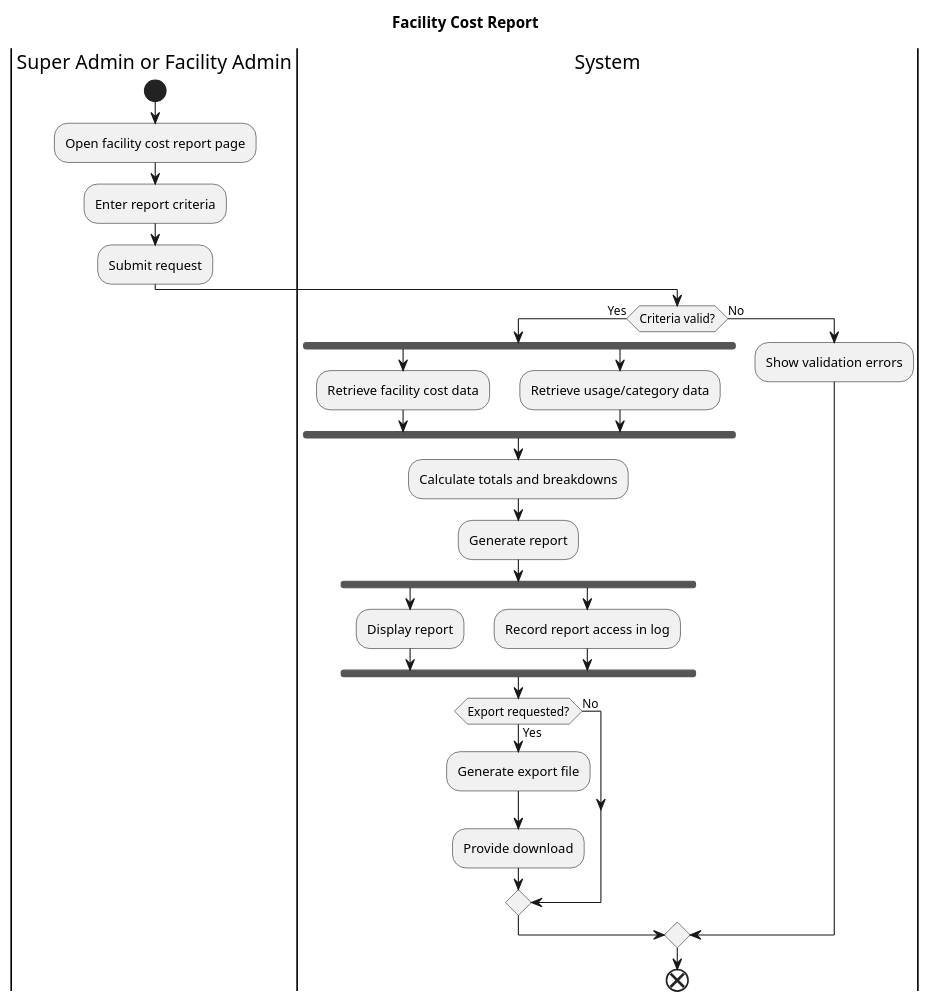
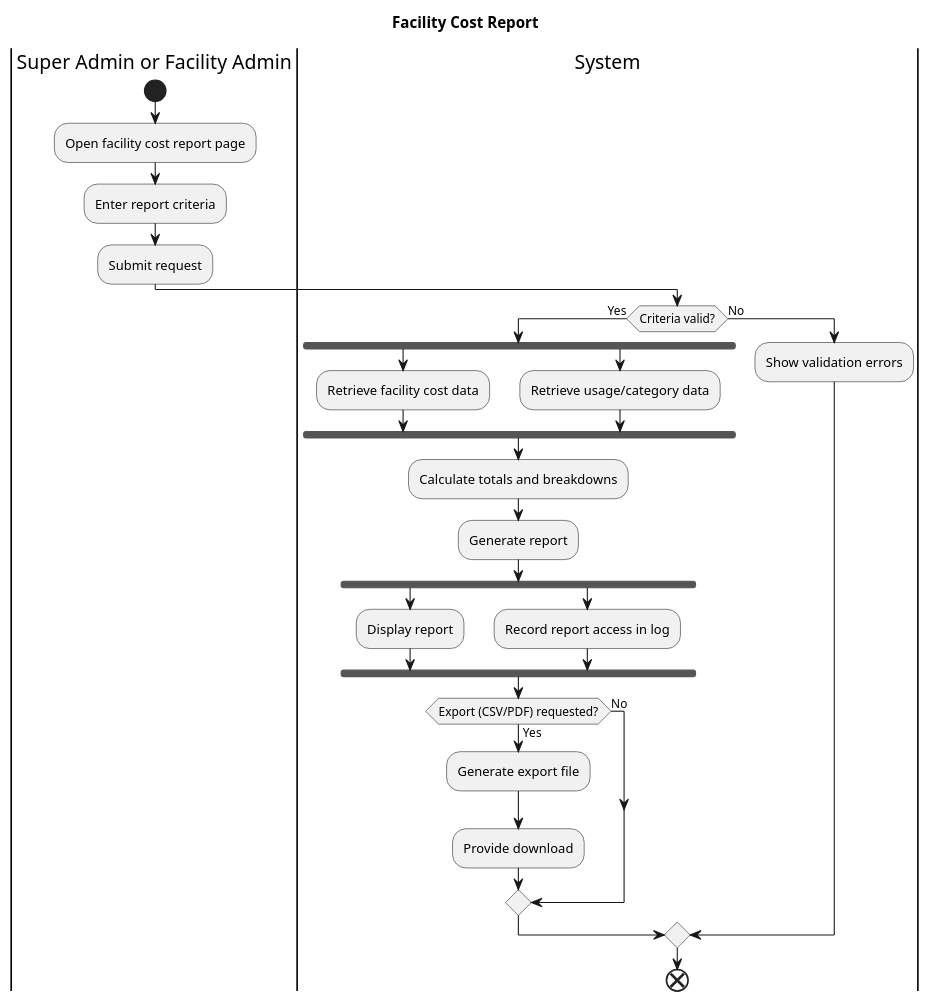
One commit to JanPerez35/PlantUML changed the diagram in activityDiagrams/Facility cost report.puml. Above: the diagram before and after it, drawn with PlantUML. The commit also changed 1 other file, not shown here.

Commit message:
Fixed some Activity Diagram texts

```diff
--- a/activityDiagrams/Facility cost report.puml
+++ b/activityDiagrams/Facility cost report.puml
@@ -1,41 +1,41 @@
 @startuml
 title Facility Cost Report
 
 |Super Admin or Facility Admin|
 start
 :Open facility cost report page;
 :Enter report criteria;
 :Submit request;
 
 |System|
 
   if (Criteria valid?) then (Yes)
 
     fork
       :Retrieve facility cost data;
     fork again
       :Retrieve usage/category data;
     end fork
 
     :Calculate totals and breakdowns;
     :Generate report;
 
     fork
       :Display report;
     fork again
       :Record report access in log;
     end fork
 
-    if (Export requested?) then (Yes)
+    if (Export (CSV/PDF) requested?) then (Yes)
       :Generate export file;
       :Provide download;
     else (No)  
     endif
 
   else (No)
     :Show validation errors;
   endif
 
 end
 
 @enduml
```
